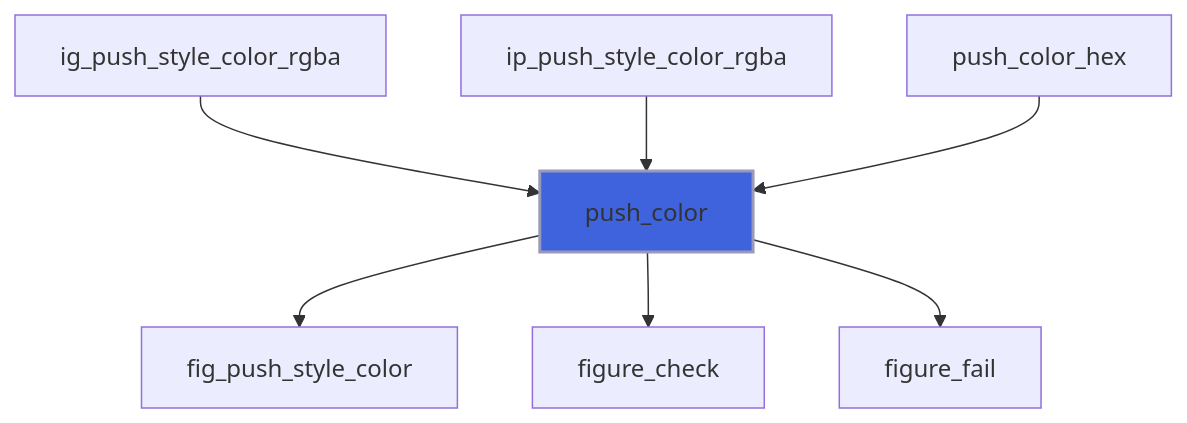
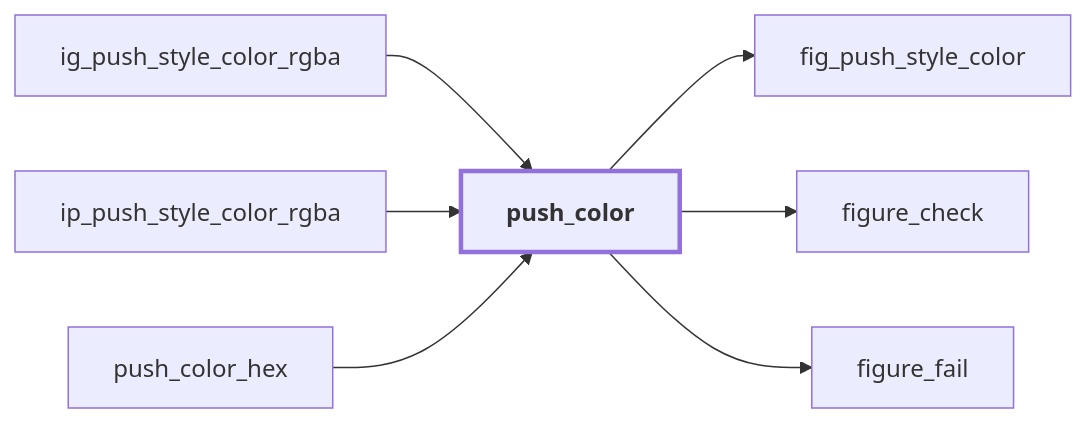
Before and after one commit to szaghi/figure: the second of 44 diagrams in docs/api/src/lib/figure_style.md, drawn with Mermaid. The commit also changed other lines of this file and 54 other files, not shown here.

````diff
--- a/docs/api/src/lib/figure_style.md
+++ b/docs/api/src/lib/figure_style.md
@@ -168,10 +174,17 @@
 ```mermaid
-flowchart TD
+flowchart LR
   ig_push_style_color_rgba["ig_push_style_color_rgba"] --> push_color["push_color"]
   ip_push_style_color_rgba["ip_push_style_color_rgba"] --> push_color["push_color"]
   push_color_hex["push_color_hex"] --> push_color["push_color"]
   push_color["push_color"] --> fig_push_style_color["fig_push_style_color"]
   push_color["push_color"] --> figure_check["figure_check"]
   push_color["push_color"] --> figure_fail["figure_fail"]
-  style push_color fill:#3e63dd,stroke:#99b,stroke-width:2px
+  classDef focus stroke-width:3px,font-weight:bold
+  class push_color focus
+  click ig_push_style_color_rgba href "#ig-push-style-color-rgba" "ig_push_style_color_rgba"
+  click ip_push_style_color_rgba href "#ip-push-style-color-rgba" "ip_push_style_color_rgba"
+  click push_color_hex href "#push-color-hex" "push_color_hex"
+  click figure_fail href "figure_base.html#figure-fail" "figure_fail"
+  click figure_check href "figure_base.html#figure-check" "figure_check"
+  click fig_push_style_color href "figure_c_native.html#fig-push-style-color" "fig_push_style_color"
 ```
````
